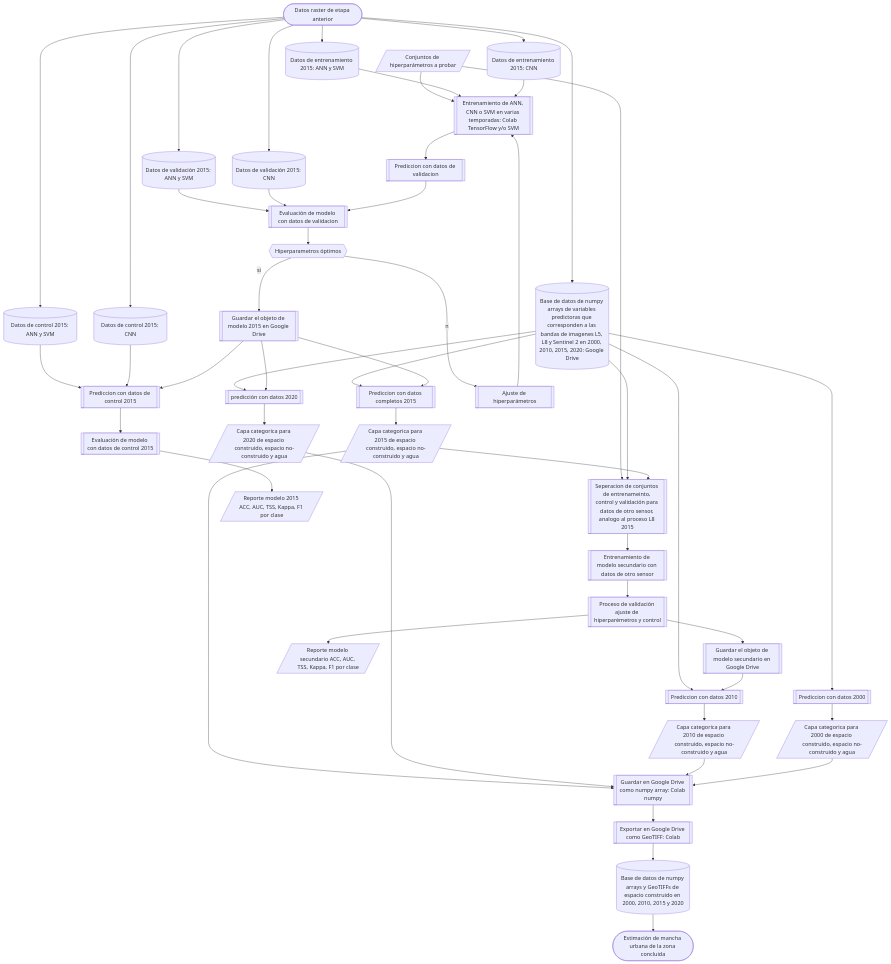
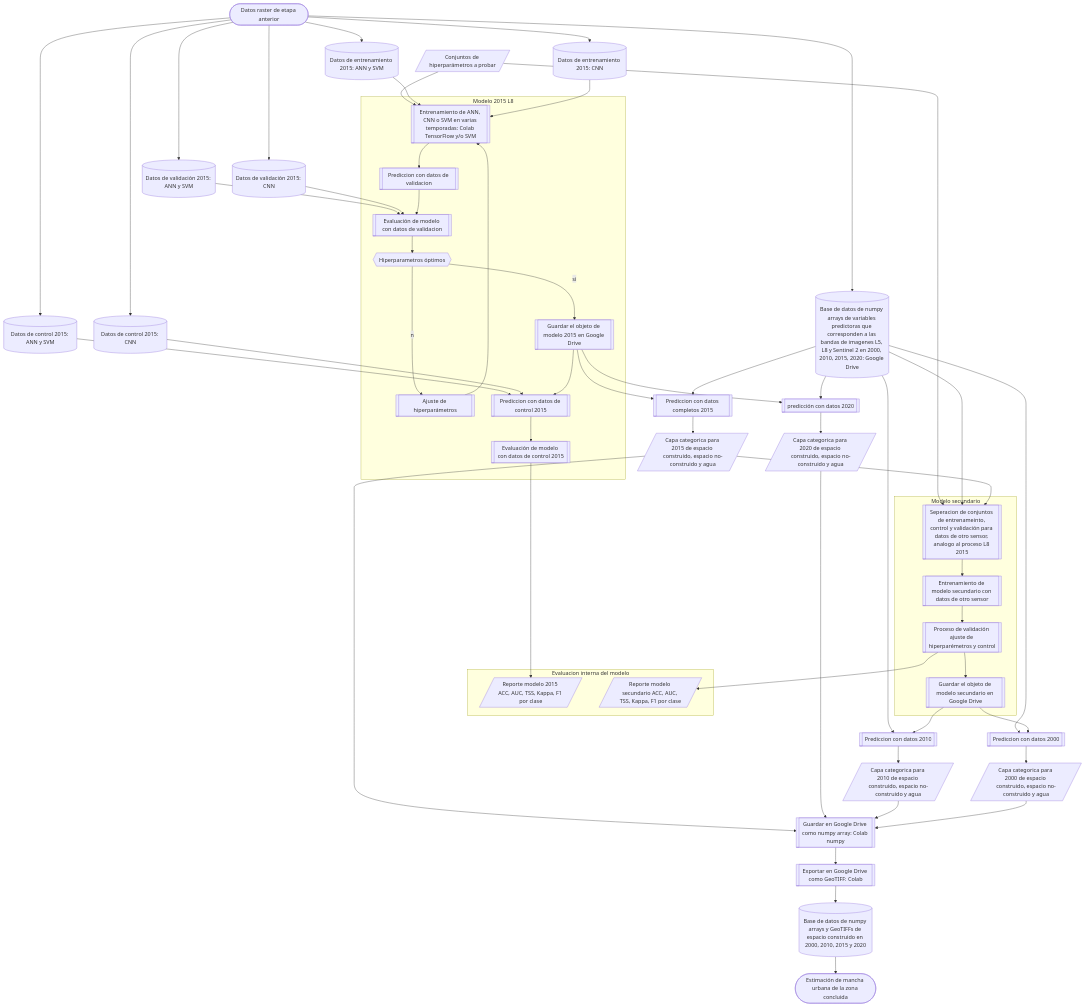
One commit to vshalisko/GEE changed the diagram in AUEM/Esquemas/Esquema_de_procesos_2.mermaid. Above: the diagram before and after it, drawn with Mermaid.

```diff
--- a/AUEM/Esquemas/Esquema_de_procesos_2.mermaid
+++ b/AUEM/Esquemas/Esquema_de_procesos_2.mermaid
@@ -1,70 +1,55 @@
 flowchart TD
-
-  H1[/Conjuntos de hiperparámetros a probar/]
-  H1-->ANN1
-  H1-->MODEL8
-
-  START([Datos raster de etapa anterior])
-  START-->E3A
-  START-->F2A
-  START-->F2B
-  START-->F2C
-  START-->F3A
-  START-->F3B
-  START-->F3C
-
-  E3A[(Base de datos de numpy arrays de variables predictoras que corresponden a las bandas de imagenes L5, L8 y Sentinel 2 en 2000, 2010, 2015, 2020: Google Drive)]
-  E3A-->MODEL4
-  E3A-->MODEL6
-  E3A-->MODEL8
-  E3A-->MODEL9
-  E3A-->MODEL10
-
-  F2A[(Datos de entrenamiento 2015: ANN y SVM)]
-  F2A-->ANN1
-  F2B[(Datos de validación 2015: ANN y SVM)]
-  F2B-->ANN3
-  F2C[(Datos de control 2015: ANN y SVM)]
-  F2C-->MODEL2
-  F3A[(Datos de entrenamiento 2015: CNN)]
-  F3A-->ANN1
-  F3B[(Datos de validación 2015: CNN)]
-  F3B-->ANN3
-  F3C[(Datos de control 2015: CNN)]
-  F3C-->MODEL2
-
-  ANN1[[Entrenamiento de ANN, CNN o SVM en varias temporadas: Colab TensorFlow y/o SVM]]-->ANN2
-  ANN2[[Prediccion con datos de validacion]]-->ANN3
-  ANN3[[Evaluación de modelo con datos de validacion]]-->ANN4
-  ANN4{{Hiperparametros óptimos}}--si-->MODEL1
-  ANN4--no-->ANN4A
-  ANN4A[[Ajuste de hiperparámetros]]-->ANN1
- 
-  MODEL1[[Guardar el objeto de modelo 2015 en Google Drive]]-->MODEL2
-  MODEL1-->MODEL4
-  MODEL1-->MODEL6
-  MODEL2[[Prediccion con datos de control 2015]]-->MODEL3
-  MODEL3[[Evaluación de modelo con datos de control 2015]]-->MODEL3A
-  MODEL3A[/Reporte modelo 2015 ACC, AUC, TSS, Kappa, F1 por clase/]
-  MODEL4[[Prediccion con datos completos 2015]]-->MODEL5
-  MODEL5[/Capa categorica para 2015 de espacio construido, espacio no-construido y agua/]-->Z1
-  MODEL5-->MODEL8
-  MODEL6[[predicción con datos 2020]]-->MODEL6A
-  MODEL6A[/Capa categorica para 2020 de espacio construido, espacio no-construido y agua/]-->Z1
-
-  MODEL8[[Seperacion de conjuntos de entrenameinto, control y validación para datos de otro sensor, analogo al proceso L8 2015]]-->MODEL8A
-  MODEL8A[[Entrenamiento de modelo secundario con datos de otro sensor]]-->MODEL8B
-  MODEL8B[[Proceso de validación ajuste de hiperparémetros y control]]-->MODEL8C
-  MODEL8B-->MODEL8D
-  MODEL8C[[Guardar el objeto de modelo secundario en Google Drive]]-->MODEL9
-  MODEL8D[/Reporte modelo secundario ACC, AUC, TSS, Kappa, F1 por clase/]
-  MODEL9[[Prediccion con datos 2010]]-->MODEL9A
-  MODEL9A[/Capa categorica para 2010 de espacio construido, espacio no-construido y agua/]-->Z1
-  MODEL10[[Prediccion con datos 2000]]-->MODEL10A
-  MODEL10A[/Capa categorica para 2000 de espacio construido, espacio no-construido y agua/]-->Z1
-
-  Z1[[Guardar en Google Drive como numpy array: Colab numpy]]-->Z2
-  Z2[[Exportar en Google Drive como GeoTIFF: Colab]]-->Z4
-  Z4[(Base de datos de numpy arrays y GeoTIFFs de espacio construido en 2000, 2010, 2015 y 2020)]-->END
-
-  END([Estimación de mancha urbana de la zona concluida])
+ subgraph s1["Evaluacion interna del modelo"]
+        MODEL3A[/"Reporte modelo 2015 ACC, AUC, TSS, Kappa, F1 por clase"/]
+        MODEL8D[/"Reporte modelo secundario ACC, AUC, TSS, Kappa, F1 por clase"/]
+  end
+ subgraph s2["Modelo 2015 L8"]
+        ANN1[["Entrenamiento de ANN, CNN o SVM en varias temporadas: Colab TensorFlow y/o SVM"]]
+        ANN2[["Prediccion con datos de validacion"]]
+        ANN3[["Evaluación de modelo con datos de validacion"]]
+        ANN4{{"Hiperparametros óptimos"}}
+        ANN4A[["Ajuste de hiperparámetros"]]
+        MODEL1[["Guardar el objeto de modelo 2015 en Google Drive"]]
+        MODEL2[["Prediccion con datos de control 2015"]]
+        MODEL3[["Evaluación de modelo con datos de control 2015"]]
+  end
+ subgraph s3["Modelo secundario"]
+        MODEL8[["Seperacion de conjuntos de entrenameinto, control y validación para datos de otro sensor, analogo al proceso L8 2015"]]
+        MODEL8A[["Entrenamiento de modelo secundario con datos de otro sensor"]]
+        MODEL8B[["Proceso de validación ajuste de hiperparémetros y control"]]
+        MODEL8C[["Guardar el objeto de modelo secundario en Google Drive"]]
+  end
+    H1[/"Conjuntos de hiperparámetros a probar"/] --> ANN1 & MODEL8
+    START(["Datos raster de etapa anterior"]) --> E3A[("Base de datos de numpy arrays de variables predictoras que corresponden a las bandas de imagenes L5, L8 y Sentinel 2 en 2000, 2010, 2015, 2020: Google Drive")] & F2A[("Datos de entrenamiento 2015: ANN y SVM")] & F2B[("Datos de validación 2015: ANN y SVM")] & F2C[("Datos de control 2015: ANN y SVM")] & F3A[("Datos de entrenamiento 2015: CNN")] & F3B[("Datos de validación 2015: CNN")] & F3C[("Datos de control 2015: CNN")]
+    E3A --> MODEL4[["Prediccion con datos completos 2015"]] & MODEL6[["predicción con datos 2020"]] & MODEL8 & MODEL9[["Prediccion con datos 2010"]] & MODEL10[["Prediccion con datos 2000"]]
+    F2A --> ANN1
+    F2B --> ANN3
+    F2C --> MODEL2
+    F3A --> ANN1
+    F3B --> ANN3
+    F3C --> MODEL2
+    ANN1 --> ANN2
+    ANN2 --> ANN3
+    ANN3 --> ANN4
+    ANN4 -- si --> MODEL1
+    ANN4 -- n ---> ANN4A
+    ANN4A --> ANN1
+    MODEL1 --> MODEL2 & MODEL4 & MODEL6
+    MODEL2 --> MODEL3
+    MODEL3 --> MODEL3A
+    MODEL4 --> MODEL5[/"Capa categorica para 2015 de espacio construido, espacio no-construido y agua"/]
+    MODEL5 --> Z1[["Guardar en Google Drive como numpy array: Colab numpy"]] & MODEL8
+    MODEL6 --> MODEL6A[/"Capa categorica para 2020 de espacio construido, espacio no-construido y agua"/]
+    MODEL6A --> Z1
+    MODEL8 --> MODEL8A
+    MODEL8A --> MODEL8B
+    MODEL8B --> MODEL8C & MODEL8D
+    MODEL8C --> MODEL9
+    MODEL9 --> MODEL9A[/"Capa categorica para 2010 de espacio construido, espacio no-construido y agua"/]
+    MODEL9A --> Z1
+    MODEL10 --> MODEL10A[/"Capa categorica para 2000 de espacio construido, espacio no-construido y agua"/]
+    MODEL10A --> Z1
+    Z1 --> Z2[["Exportar en Google Drive como GeoTIFF: Colab"]]
+    Z2 --> Z4[("Base de datos de numpy arrays y GeoTIFFs de espacio construido en 2000, 2010, 2015 y 2020")]
+    Z4 --> END(["Estimación de mancha urbana de la zona concluida"])
+    MODEL8C --> MODEL10
```
